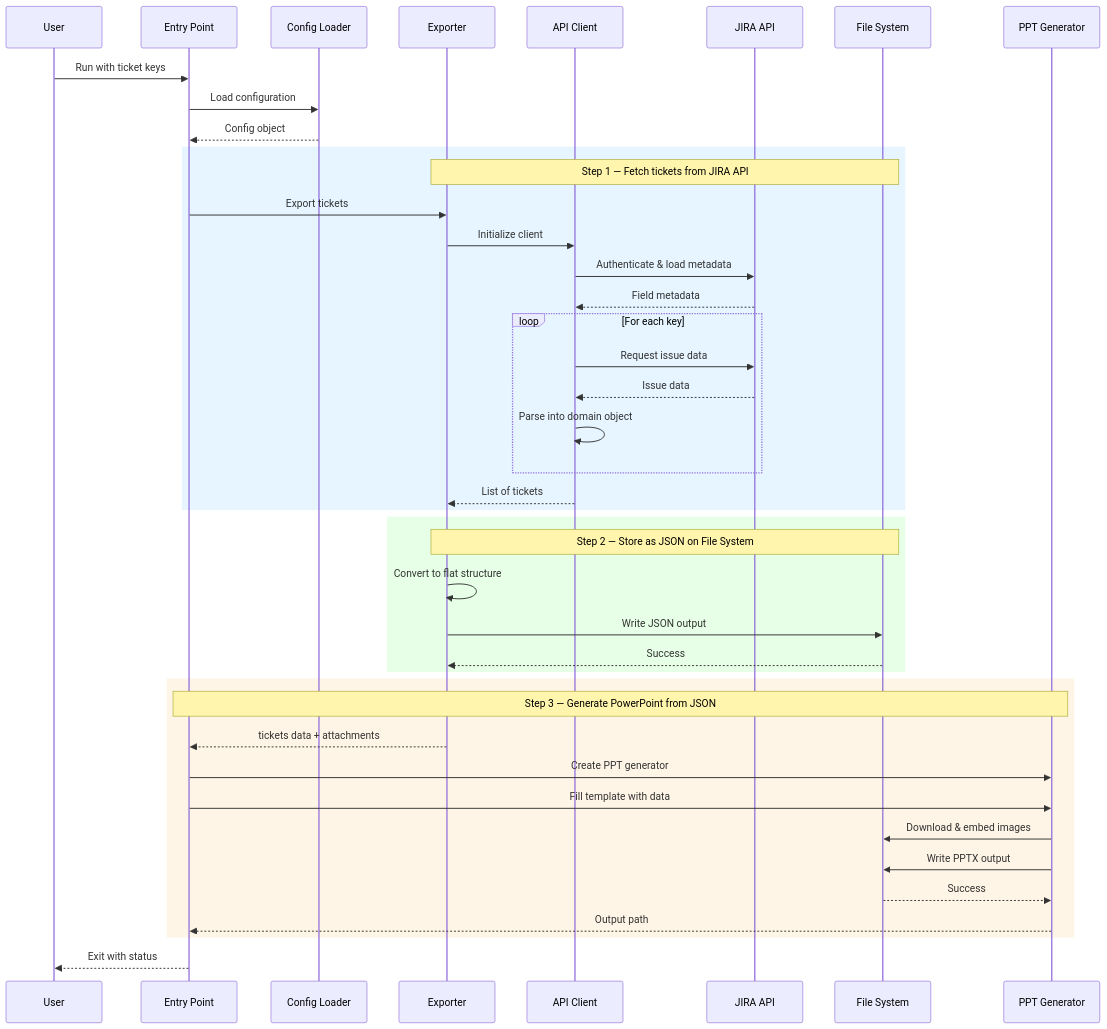
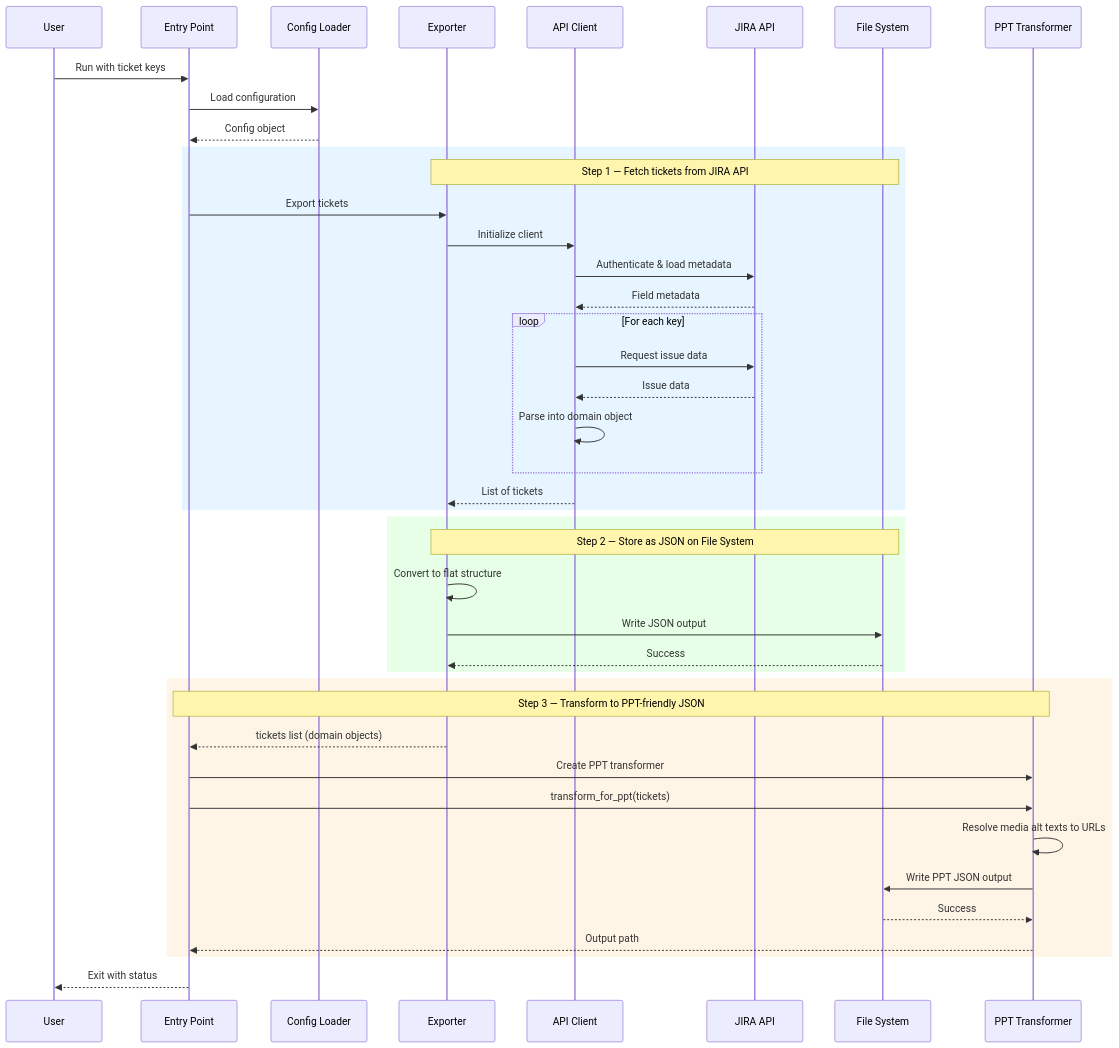
Before and after one commit to baochen-rw/JIRA-exporter: the diagram in design/general design.md, drawn with Mermaid. The commit also changed 1 other file, not shown here.

Commit message:
[2026-06-26 22:15] update design docs to reflect PPTExporter.transform_for_ppt replacing PPTTemplateFiller

````diff
--- a/design/general design.md
+++ b/design/general design.md
@@ -1,49 +1,49 @@
 ```mermaid
 sequenceDiagram
     participant U as User
     participant M as Entry Point
     participant C as Config Loader
     participant E as Exporter
     participant J as API Client
     participant API as JIRA API
     participant F as File System
-    participant P as PPT Generator
+    participant P as PPT Transformer
 
     U->>M: Run with ticket keys
     M->>C: Load configuration
     C-->>M: Config object
 
     rect rgb(230, 245, 255)
     Note over E,F: Step 1 — Fetch tickets from JIRA API
     M->>E: Export tickets
     E->>J: Initialize client
     J->>API: Authenticate & load metadata
     API-->>J: Field metadata
     loop For each key
         J->>API: Request issue data
         API-->>J: Issue data
         J->>J: Parse into domain object
     end
     J-->>E: List of tickets
     end
 
     rect rgb(230, 255, 230)
     Note over E,F: Step 2 — Store as JSON on File System
     E->>E: Convert to flat structure
     E->>F: Write JSON output
     F-->>E: Success
     end
 
     rect rgb(255, 245, 230)
-    Note over M,P: Step 3 — Generate PowerPoint from JSON
-    E-->>M: tickets data + attachments
-    M->>P: Create PPT generator
-    M->>P: Fill template with data
-    P->>F: Download & embed images
-    P->>F: Write PPTX output
+    Note over M,P: Step 3 — Transform to PPT-friendly JSON
+    E-->>M: tickets list (domain objects)
+    M->>P: Create PPT transformer
+    M->>P: transform_for_ppt(tickets)
+    P->>P: Resolve media alt texts to URLs
+    P->>F: Write PPT JSON output
     F-->>P: Success
     P-->>M: Output path
     end
 
     M-->>U: Exit with status
 ```
````
